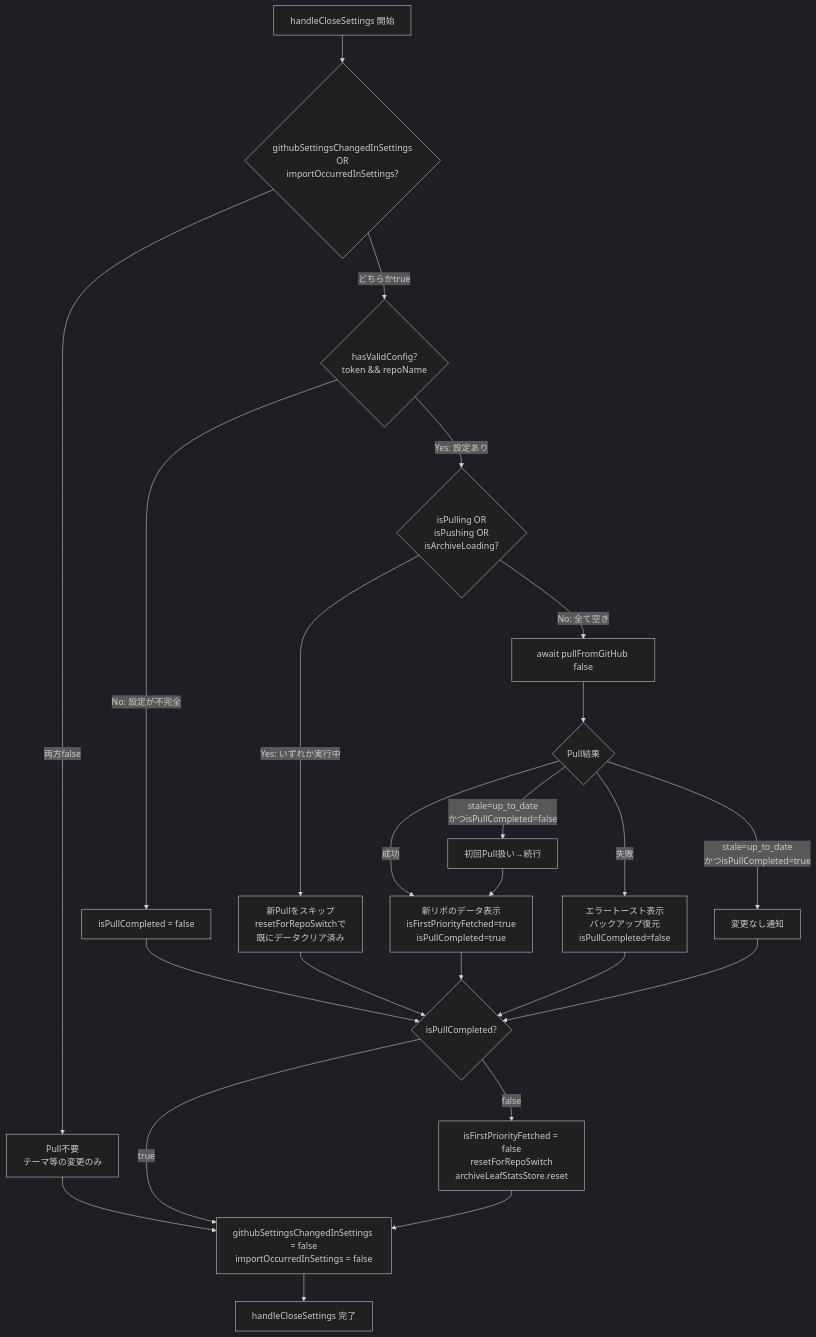
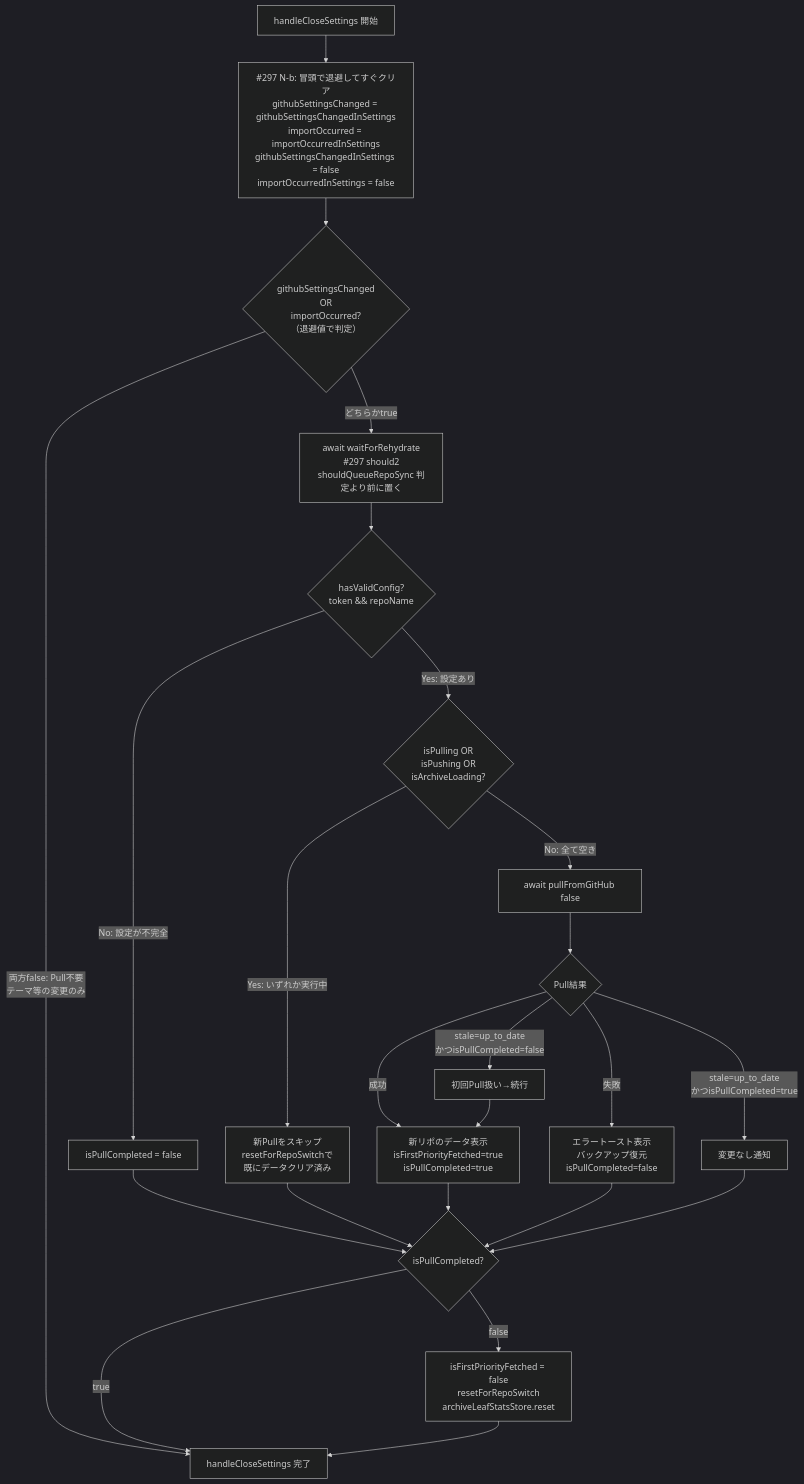
The fifth of 6 diagrams in docs/development/sync/push-pull.md (kako-jun/agasteer), drawn with Mermaid (dark theme) before and after one commit. The commit also changed other lines of this file, not shown here.

Commit message:
docs: push-pull.md の handleCloseSettings 図を実コードに合わせる (#310)
図2末尾とフローチャートで githubSettingsChangedInSettings /
importOccurredInSettings のクリアを HCS 末尾に描いていたが、実コード
（#297 N-b）は関数冒頭で退避してすぐクリアする。図2・図6ともクリア位置を
関数冒頭に移し、図6には waitForRehydrate() のノードを追加した。

````diff
--- a/docs/development/sync/push-pull.md
+++ b/docs/development/sync/push-pull.md
@@ -909,36 +908,38 @@
 ```mermaid
 flowchart TD
-    Start[handleCloseSettings 開始] --> CheckFlags{githubSettingsChangedInSettings<br/>OR<br/>importOccurredInSettings?}
+    Start[handleCloseSettings 開始] --> ClearFlags["#297 N-b: 冒頭で退避してすぐクリア<br/>githubSettingsChanged = githubSettingsChangedInSettings<br/>importOccurred = importOccurredInSettings<br/>githubSettingsChangedInSettings = false<br/>importOccurredInSettings = false"]
 
-    CheckFlags -->|両方false| SkipPull[Pull不要<br/>テーマ等の変更のみ]
-    SkipPull --> ClearFlags
+    ClearFlags --> CheckFlags{githubSettingsChanged<br/>OR<br/>importOccurred?<br/>（退避値で判定）}
 
-    CheckFlags -->|どちらかtrue| CheckValid{hasValidConfig?<br/>token && repoName}
+    CheckFlags -->|両方false: Pull不要<br/>テーマ等の変更のみ| End[handleCloseSettings 完了]
+
+    CheckFlags -->|どちらかtrue| WaitRehydrate[await waitForRehydrate<br/>#297 should2<br/>shouldQueueRepoSync 判定より前に置く]
+
+    WaitRehydrate --> CheckValid{hasValidConfig?<br/>token && repoName}
 
     CheckValid -->|No: 設定が不完全| SetNotCompleted[isPullCompleted = false]
     SetNotCompleted --> CheckReset
 
     CheckValid -->|Yes: 設定あり| CheckSync{isPulling OR<br/>isPushing OR<br/>isArchiveLoading?}
 
     CheckSync -->|Yes: いずれか実行中| SkipSafe[新Pullをスキップ<br/>resetForRepoSwitchで<br/>既にデータクリア済み]
     SkipSafe --> CheckReset
 
     CheckSync -->|No: 全て空き| Pull[await pullFromGitHub false]
 
     Pull --> PullResult{Pull結果}
     PullResult -->|成功| NewData[新リポのデータ表示<br/>isFirstPriorityFetched=true<br/>isPullCompleted=true]
     PullResult -->|失敗| ErrorHandle[エラートースト表示<br/>バックアップ復元<br/>isPullCompleted=false]
     PullResult -->|stale=up_to_date<br/>かつisPullCompleted=true| NoChange[変更なし通知]
     PullResult -->|stale=up_to_date<br/>かつisPullCompleted=false| Continue[初回Pull扱い→続行]
     Continue --> NewData
 
     NewData --> CheckReset{isPullCompleted?}
     ErrorHandle --> CheckReset
     NoChange --> CheckReset
 
     CheckReset -->|false| Reset[isFirstPriorityFetched = false<br/>resetForRepoSwitch<br/>archiveLeafStatsStore.reset]
-    CheckReset -->|true| ClearFlags
+    CheckReset -->|true| End
 
-    Reset --> ClearFlags[githubSettingsChangedInSettings = false<br/>importOccurredInSettings = false]
-    ClearFlags --> End[handleCloseSettings 完了]
+    Reset --> End
 ```
````
